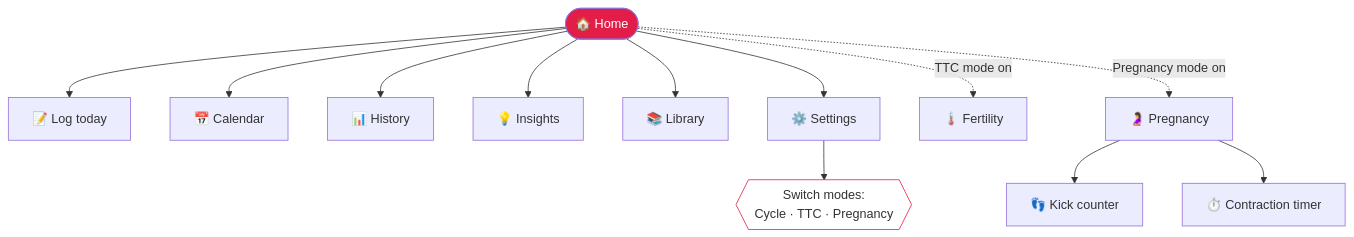
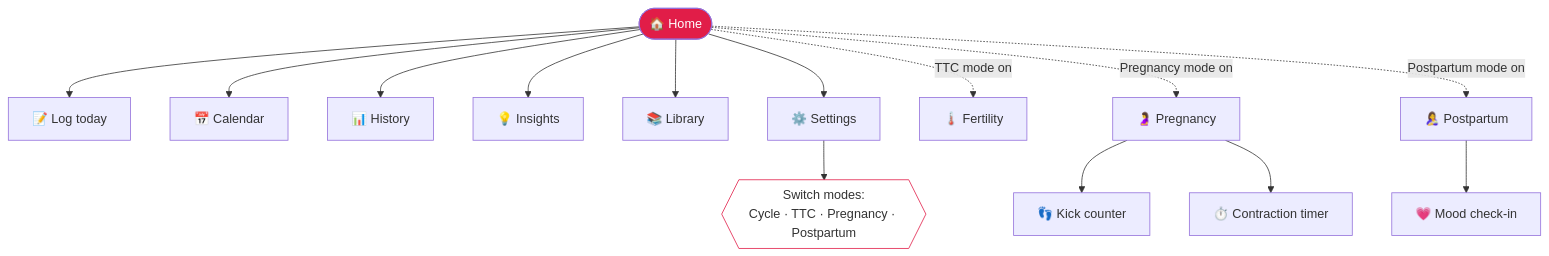
Before and after one commit to deepakpk-dev/lumen: the first of 5 diagrams in docs/USER_GUIDE.md, drawn with Mermaid. The commit also changed other lines of this file, not shown here.

First line of the commit message:
docs: document Postpartum Mode in USER_GUIDE

````diff
--- a/docs/USER_GUIDE.md
+++ b/docs/USER_GUIDE.md
@@ -47,17 +48,19 @@
 ```mermaid
 flowchart TD
     H(["🏠 Home"]) --> L["📝 Log today"]
     H --> C["📅 Calendar"]
     H --> Y["📊 History"]
     H --> I["💡 Insights"]
     H --> B["📚 Library"]
     H --> S["⚙️ Settings"]
     H -. "TTC mode on" .-> F["🌡️ Fertility"]
     H -. "Pregnancy mode on" .-> P["🤰 Pregnancy"]
+    H -. "Postpartum mode on" .-> PP["🤱 Postpartum"]
     P --> K["👣 Kick counter"]
     P --> T["⏱️ Contraction timer"]
-    S --> M{{"Switch modes:<br/>Cycle · TTC · Pregnancy"}}
+    PP --> E["💗 Mood check-in"]
+    S --> M{{"Switch modes:<br/>Cycle · TTC · Pregnancy · Postpartum"}}
 
     style H fill:#e11d48,color:#fff
     style M fill:#fff,stroke:#e11d48
 ```
````
